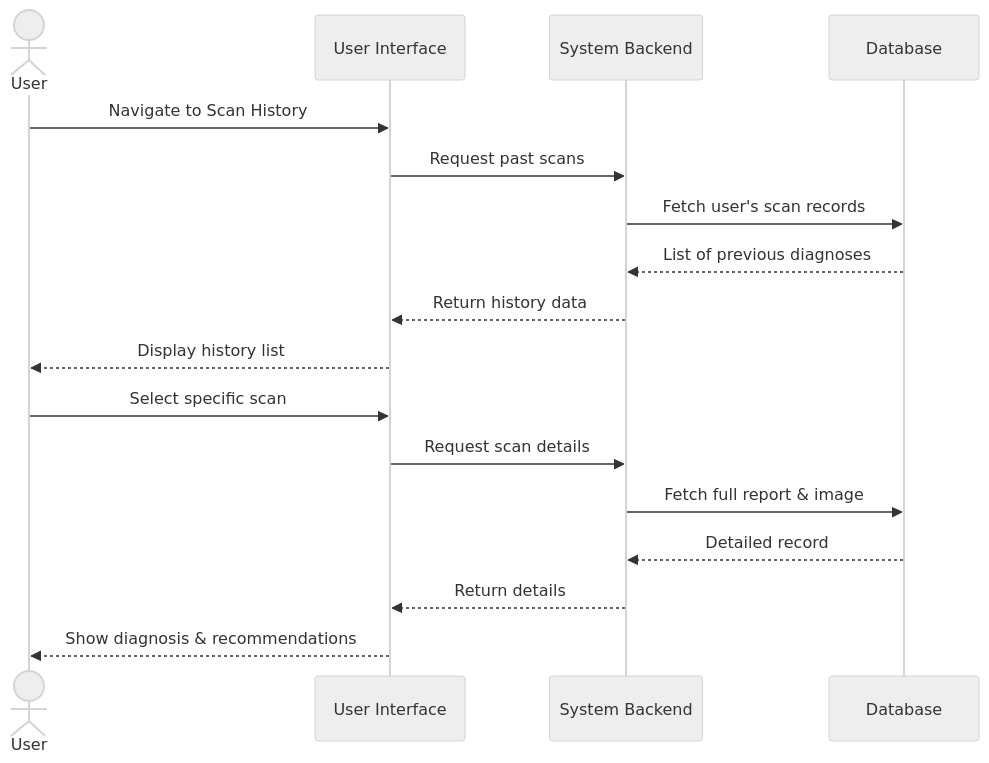
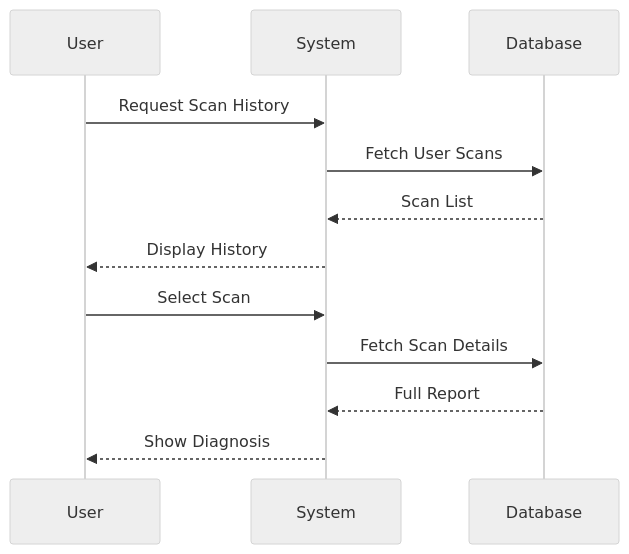
One commit to abdullah2323442/practice changed diagram 12 of 16 in system documentation.md. Above: the diagram before and after it, drawn with Mermaid (neutral theme). The commit also changed other lines of this file, not shown here.

First line of the commit message:
Revise system documentation with updated diagrams

````diff
--- a/system documentation.md
+++ b/system documentation.md
@@ -555,21 +548,16 @@
 ```mermaid
 sequenceDiagram
-    actor User
-    participant Web as User Interface
-    participant System as System Backend
+    participant U as User
+    participant S as System
     participant DB as Database
     
-    User->>Web: Navigate to Scan History
-    Web->>System: Request past scans
-    System->>DB: Fetch user's scan records
-    DB-->>System: List of previous diagnoses
-    System-->>Web: Return history data
-    Web-->>User: Display history list
+    U->>S: Request Scan History
+    S->>DB: Fetch User Scans
+    DB-->>S: Scan List
+    S-->>U: Display History
     
-    User->>Web: Select specific scan
-    Web->>System: Request scan details
-    System->>DB: Fetch full report & image
-    DB-->>System: Detailed record
-    System-->>Web: Return details
-    Web-->>User: Show diagnosis & recommendations
+    U->>S: Select Scan
+    S->>DB: Fetch Scan Details
+    DB-->>S: Full Report
+    S-->>U: Show Diagnosis
 ```
````
